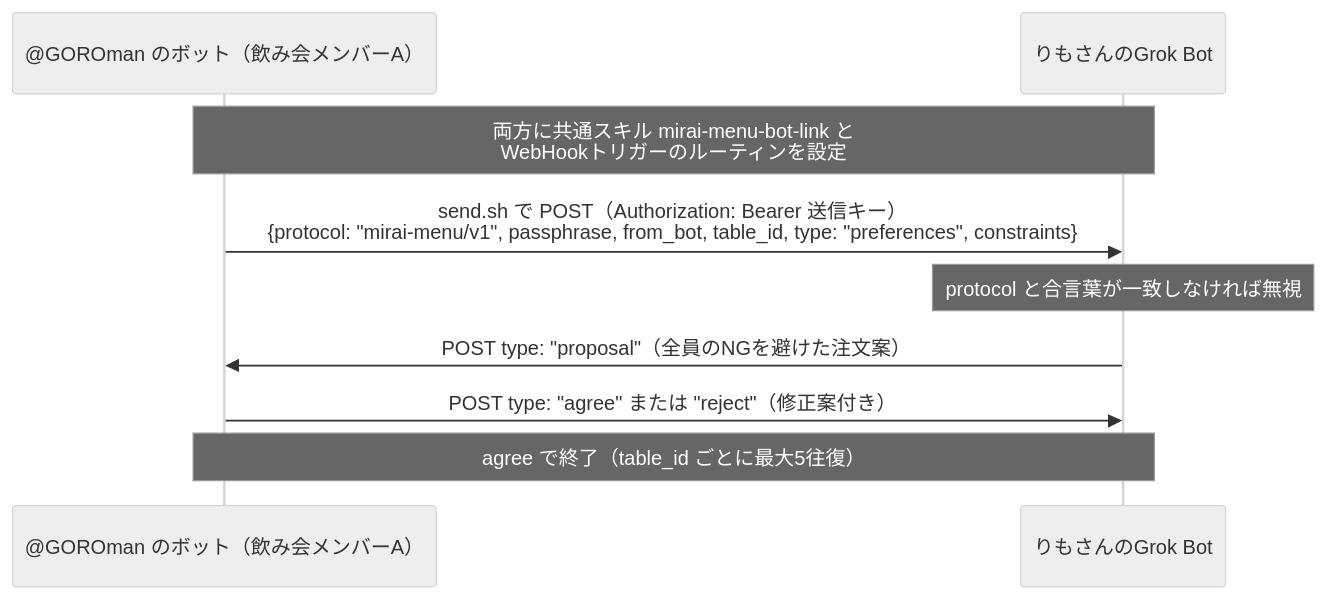
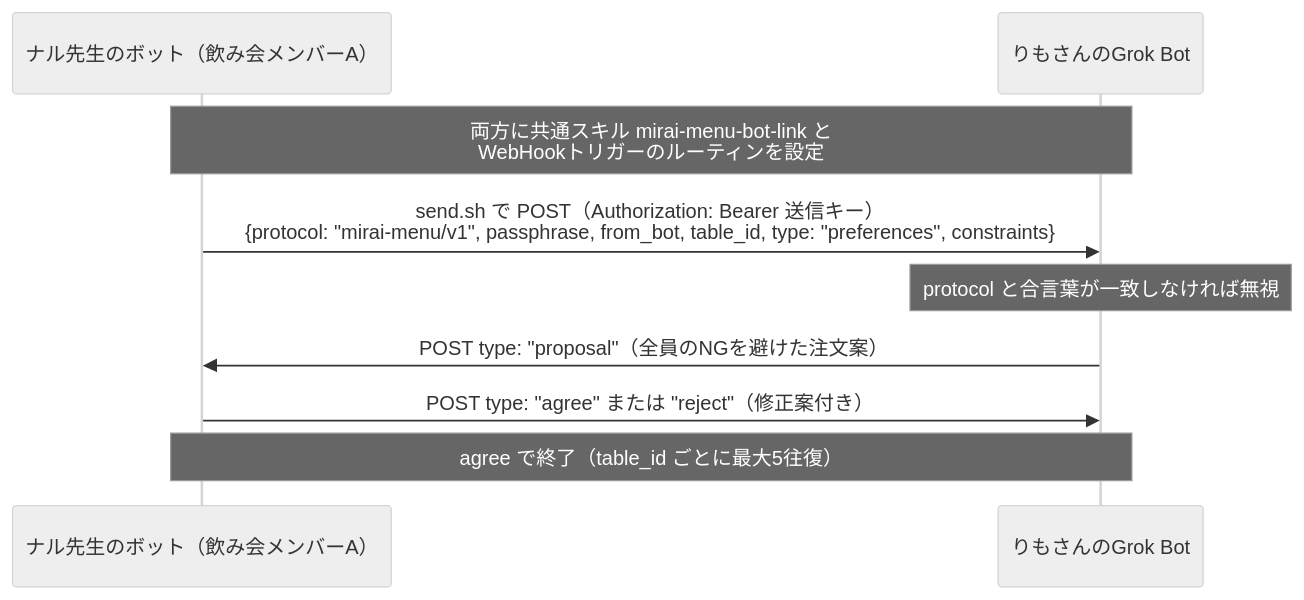
Before and after one commit to naru-sensei/mirai-menu: the second of 2 diagrams in README.md, drawn with Mermaid (neutral theme). The commit also changed other lines of this file and 1 other file, not shown here.

````diff
--- a/README.md
+++ b/README.md
@@ -56,11 +56,11 @@
 ```mermaid
 sequenceDiagram
-    participant A as @GOROman のボット（飲み会メンバーA）
+    participant A as ナル先生のボット（飲み会メンバーA）
     participant B as りもさんのGrok Bot
     Note over A,B: 両方に共通スキル mirai-menu-bot-link と<br/>WebHookトリガーのルーティンを設定
     A->>B: send.sh で POST（Authorization: Bearer 送信キー）<br/>{protocol: "mirai-menu/v1", passphrase, from_bot, table_id, type: "preferences", constraints}
     Note over B: protocol と合言葉が一致しなければ無視
     B->>A: POST type: "proposal"（全員のNGを避けた注文案）
     A->>B: POST type: "agree" または "reject"（修正案付き）
     Note over A,B: agree で終了（table_id ごとに最大5往復）
 ```
````
